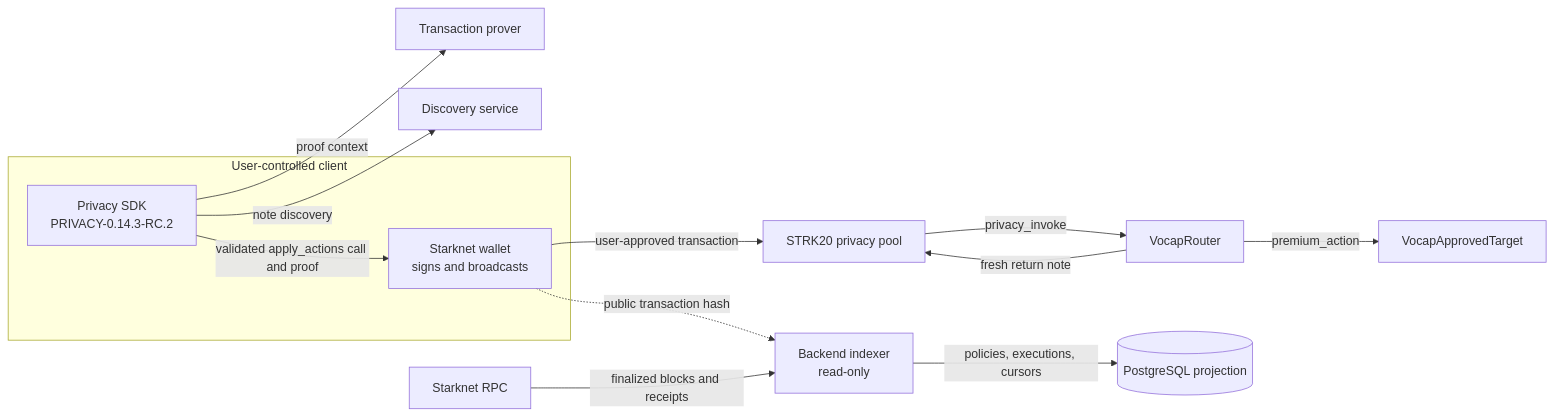
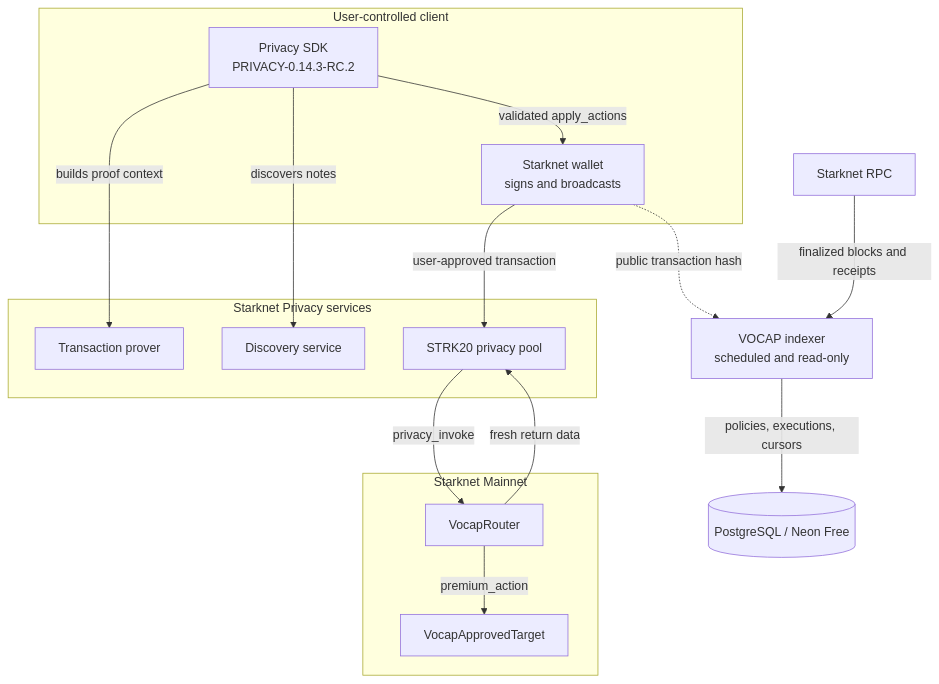
Before and after one commit to CryptoZephyr/VOCAP: the second of 2 diagrams in README.md, drawn with Mermaid. The commit also changed other lines of this file, not shown here.

Commit message:
docs: rebuild README around product flow

````diff
--- a/README.md
+++ b/README.md
@@ -17,27 +103,33 @@
 ```mermaid
-flowchart LR
+flowchart TB
     subgraph Client["User-controlled client"]
         SDK["Privacy SDK<br/>PRIVACY-0.14.3-RC.2"]
         Wallet["Starknet wallet<br/>signs and broadcasts"]
     end
 
-    Prover["Transaction prover"]
-    Discovery["Discovery service"]
-    Pool["STRK20 privacy pool"]
-    Router["VocapRouter"]
-    Target["VocapApprovedTarget"]
+    subgraph Privacy["Starknet Privacy services"]
+        Prover["Transaction prover"]
+        Discovery["Discovery service"]
+        Pool["STRK20 privacy pool"]
+    end
+
+    subgraph Mainnet["Starknet Mainnet"]
+        Router["VocapRouter"]
+        Target["VocapApprovedTarget"]
+    end
+
     RPC["Starknet RPC"]
-    Indexer["Backend indexer<br/>read-only"]
-    DB[("PostgreSQL projection")]
+    Indexer["VOCAP indexer<br/>scheduled and read-only"]
+    DB[("PostgreSQL / Neon Free")]
 
-    SDK -->|proof context| Prover
-    SDK -->|note discovery| Discovery
-    SDK -->|validated apply_actions call and proof| Wallet
+    SDK -->|builds proof context| Prover
+    SDK -->|discovers notes| Discovery
+    SDK -->|validated apply_actions| Wallet
     Wallet -->|user-approved transaction| Pool
     Pool -->|privacy_invoke| Router
     Router -->|premium_action| Target
-    Router -->|fresh return note| Pool
+    Router -->|fresh return data| Pool
     RPC -->|finalized blocks and receipts| Indexer
     Indexer -->|policies, executions, cursors| DB
     Wallet -.->|public transaction hash| Indexer
 ```
````
